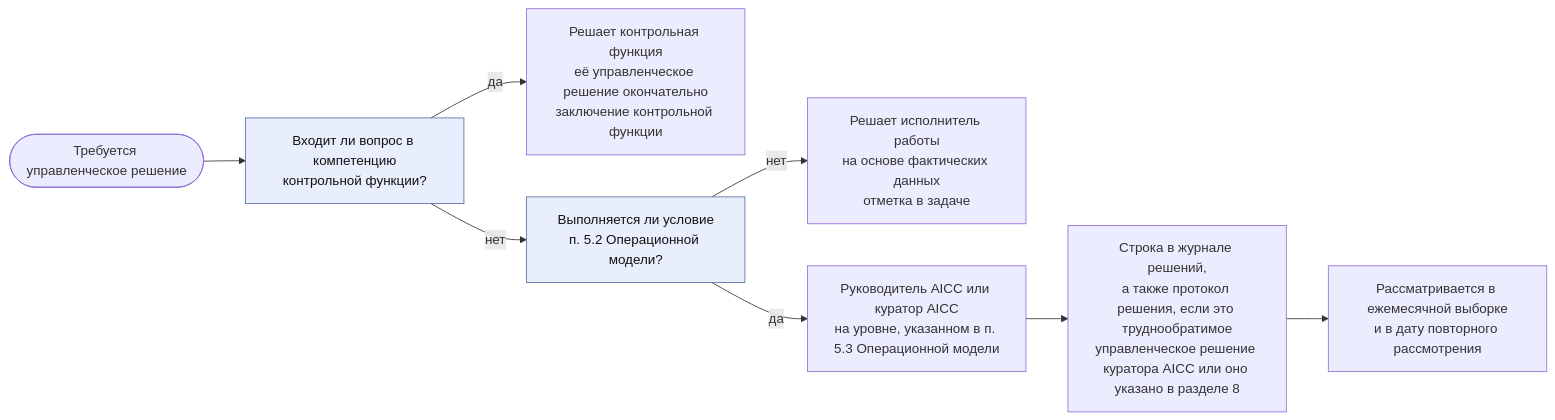
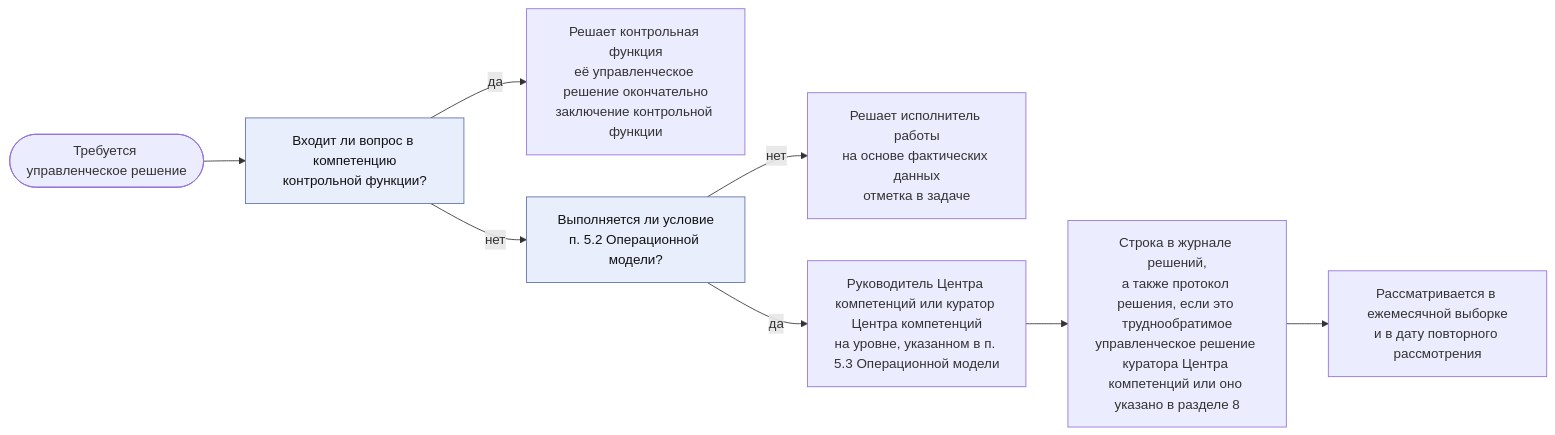
The second of 6 diagrams in charter/ru/workflows/unit-governance.md (devhogu/ob-aicc), drawn with Mermaid before and after one commit. The commit also changed other lines of this file and 1149 other files, not shown here.

````diff
--- a/charter/ru/workflows/unit-governance.md
+++ b/charter/ru/workflows/unit-governance.md
@@ -50,12 +50,12 @@
 ```mermaid
 flowchart LR
   DEC(["Требуется управленческое решение"]) --> Q1["Входит ли вопрос в компетенцию<br/>контрольной функции?"]
   Q1 -->|"да"| CFD["Решает контрольная функция<br/>её управленческое решение окончательно<br/>заключение контрольной функции"]
   Q1 -->|"нет"| Q2["Выполняется ли условие<br/>п. 5.2 Операционной модели?"]
   Q2 -->|"нет"| TMD["Решает исполнитель работы<br/>на основе фактических данных<br/>отметка в задаче"]
-  Q2 -->|"да"| LV["Руководитель AICC или куратор AICC<br/>на уровне, указанном в п. 5.3 Операционной модели"]
-  LV --> LOG["Строка в журнале решений,<br/>а также протокол решения, если это труднообратимое<br/>управленческое решение куратора AICC или оно указано в разделе 8"]
+  Q2 -->|"да"| LV["Руководитель Центра компетенций или куратор Центра компетенций<br/>на уровне, указанном в п. 5.3 Операционной модели"]
+  LV --> LOG["Строка в журнале решений,<br/>а также протокол решения, если это труднообратимое<br/>управленческое решение куратора Центра компетенций или оно указано в разделе 8"]
   LOG --> REV["Рассматривается в ежемесячной выборке<br/>и в дату повторного рассмотрения"]
   classDef gate fill:#e8eefc,stroke:#5a6fa8,color:#111
   class Q1,Q2 gate
 ```
````
